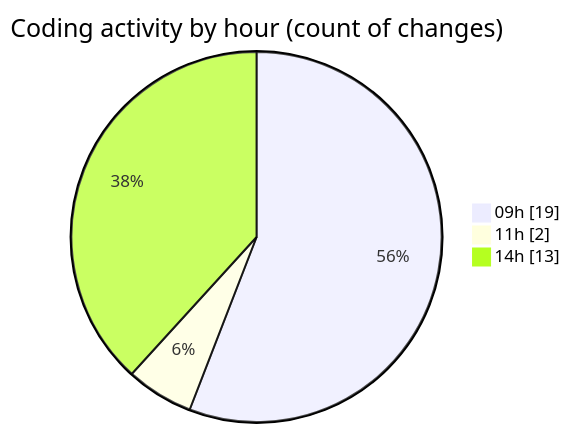
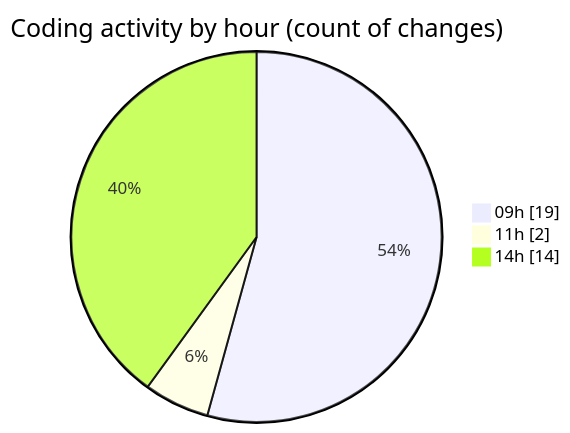
The second of 2 diagrams in 2025-01-10/nueva_carpeta/README.md (LanceThiago/code-tracking), drawn with Mermaid before and after one commit. The commit also changed other lines of this file and 1 other file, not shown here.

````diff
--- a/2025-01-10/nueva_carpeta/README.md
+++ b/2025-01-10/nueva_carpeta/README.md
@@ -28,7 +28,7 @@
 ```mermaid
 pie showData
 title Coding activity by hour (count of changes)
 "09h" : 19
 "11h" : 2
-"14h" : 13
+"14h" : 14
 ```
````
